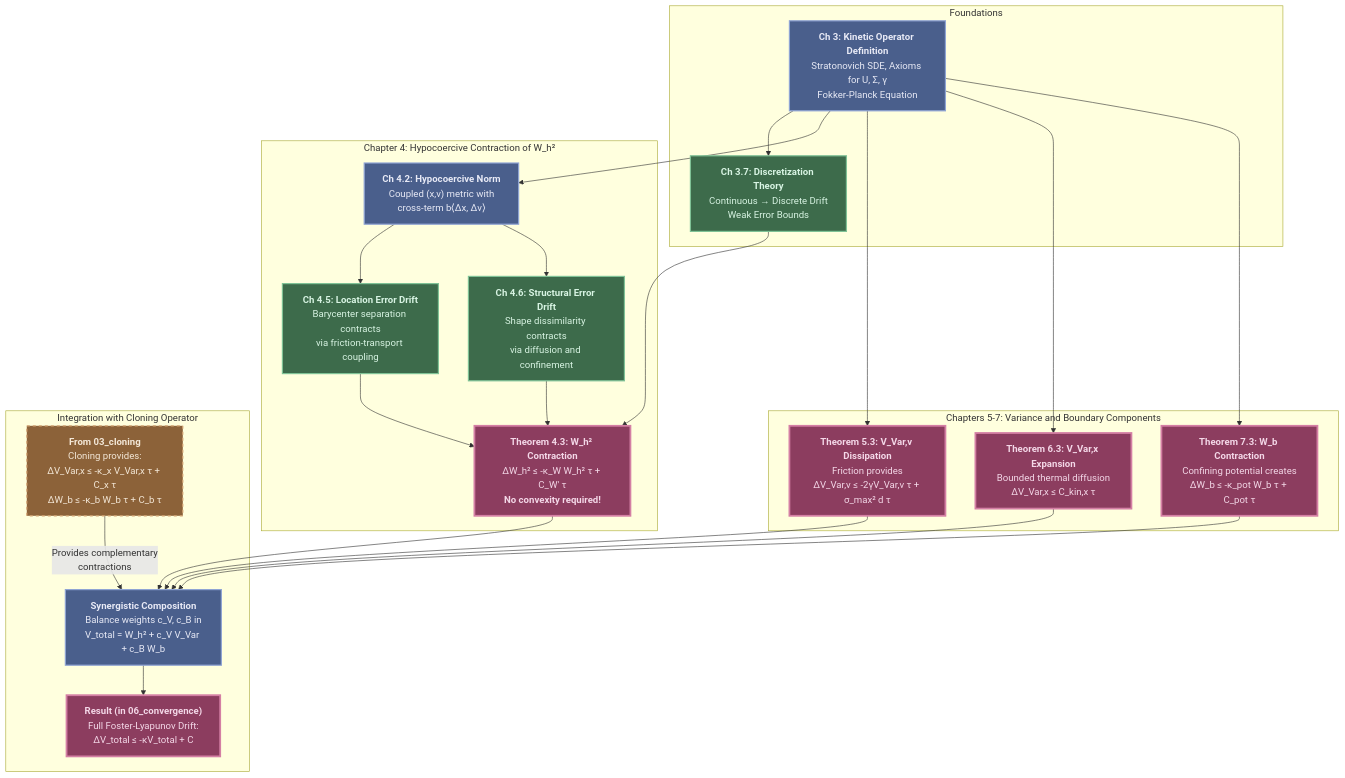
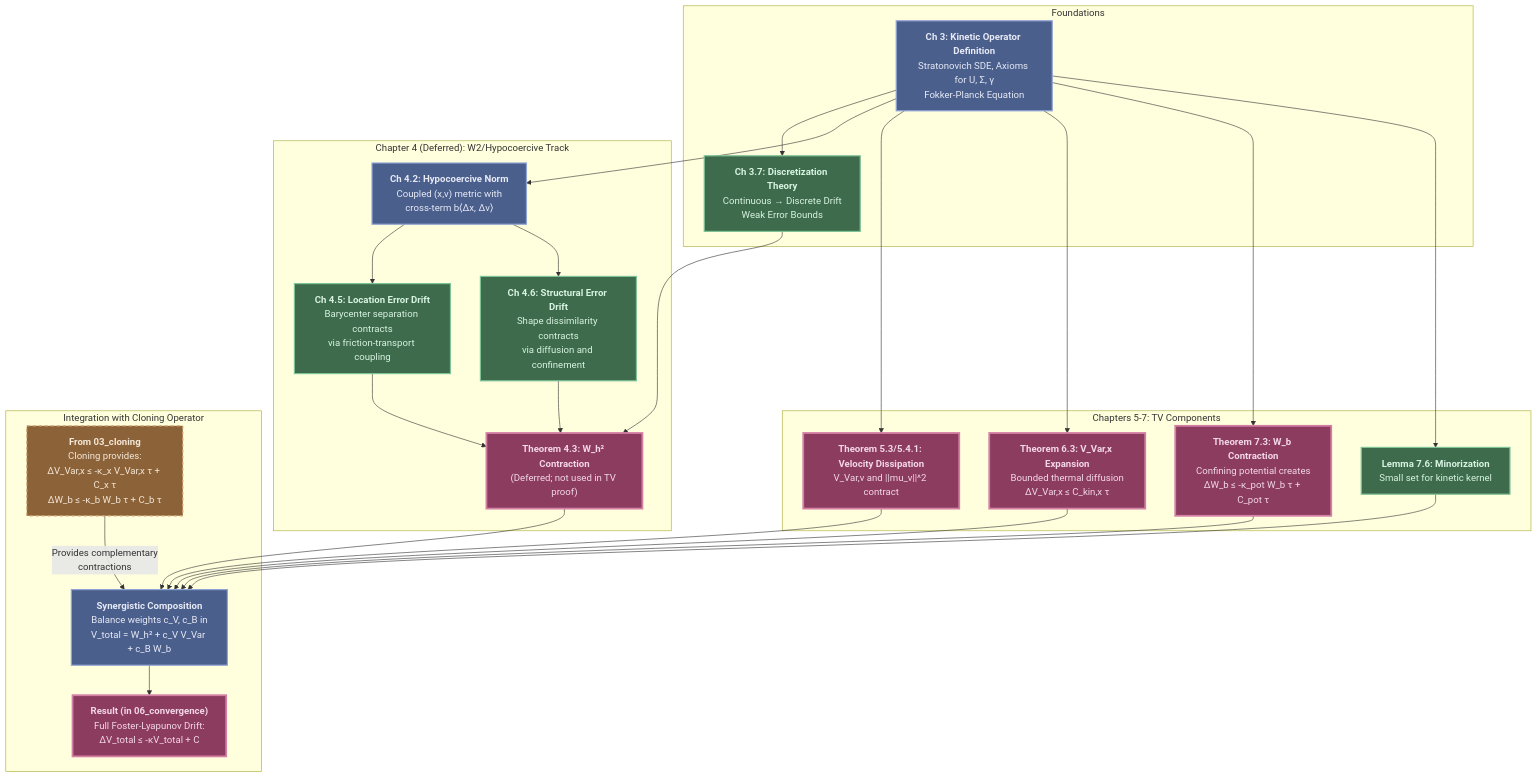
The diagram in docs/source/3_fractal_gas/appendices/05_kinetic_contraction.md (FragileTech/fragile), drawn with Mermaid before and after one commit. The commit also changed other lines of this file and 23 other files, not shown here.

````diff
--- a/docs/source/3_fractal_gas/appendices/05_kinetic_contraction.md
+++ b/docs/source/3_fractal_gas/appendices/05_kinetic_contraction.md
@@ -59,50 +59,53 @@
 ```{mermaid}
 graph TD
     subgraph "Foundations"
         A["<b>Ch 3: Kinetic Operator Definition</b><br>Stratonovich SDE, Axioms for U, Σ, γ<br>Fokker-Planck Equation"]:::stateStyle
         B["<b>Ch 3.7: Discretization Theory</b><br>Continuous → Discrete Drift<br>Weak Error Bounds"]:::lemmaStyle
     end
 
-    subgraph "Chapter 4: Hypocoercive Contraction of W_h²"
+    subgraph "Chapter 4 (Deferred): W2/Hypocoercive Track"
         C["<b>Ch 4.2: Hypocoercive Norm</b><br>Coupled (x,v) metric with<br>cross-term b⟨Δx, Δv⟩"]:::stateStyle
         D["<b>Ch 4.5: Location Error Drift</b><br>Barycenter separation contracts<br>via friction-transport coupling"]:::lemmaStyle
         E["<b>Ch 4.6: Structural Error Drift</b><br>Shape dissimilarity contracts<br>via diffusion and confinement"]:::lemmaStyle
-        F["<b>Theorem 4.3: W_h² Contraction</b><br>ΔW_h² ≤ -κ_W W_h² τ + C_W' τ<br><b>No convexity required!</b>"]:::theoremStyle
+        F["<b>Theorem 4.3: W_h² Contraction</b><br>(Deferred; not used in TV proof)"]:::theoremStyle
     end
 
-    subgraph "Chapters 5-7: Variance and Boundary Components"
-        G["<b>Theorem 5.3: V_Var,v Dissipation</b><br>Friction provides<br>ΔV_Var,v ≤ -2γV_Var,v τ + σ_max² d τ"]:::theoremStyle
+    subgraph "Chapters 5-7: TV Components"
+        G["<b>Theorem 5.3/5.4.1: Velocity Dissipation</b><br>V_Var,v and ||mu_v||^2 contract"]:::theoremStyle
         H["<b>Theorem 6.3: V_Var,x Expansion</b><br>Bounded thermal diffusion<br>ΔV_Var,x ≤ C_kin,x τ"]:::theoremStyle
         I["<b>Theorem 7.3: W_b Contraction</b><br>Confining potential creates<br>ΔW_b ≤ -κ_pot W_b τ + C_pot τ"]:::theoremStyle
+        I2["<b>Lemma 7.6: Minorization</b><br>Small set for kinetic kernel"]:::lemmaStyle
     end
 
     subgraph "Integration with Cloning Operator"
         J["<b>From 03_cloning</b><br>Cloning provides:<br>ΔV_Var,x ≤ -κ_x V_Var,x τ + C_x τ<br>ΔW_b ≤ -κ_b W_b τ + C_b τ"]:::axiomStyle
         K["<b>Synergistic Composition</b><br>Balance weights c_V, c_B in<br>V_total = W_h² + c_V V_Var + c_B W_b"]:::stateStyle
         L["<b>Result (in 06_convergence)</b><br>Full Foster-Lyapunov Drift:<br>ΔV_total ≤ -κV_total + C"]:::theoremStyle
     end
 
     A --> B
     A --> C
     B --> F
     C --> D
     C --> E
     D --> F
     E --> F
 
     A --> G
     A --> H
     A --> I
+    A --> I2
 
     F --> K
     G --> K
     H --> K
     I --> K
+    I2 --> K
     J -- "Provides complementary<br>contractions" --> K
     K --> L
 
     classDef stateStyle fill:#4a5f8c,stroke:#8fa4d4,stroke-width:2px,color:#e8eaf6
     classDef axiomStyle fill:#8c6239,stroke:#d4a574,stroke-width:2px,stroke-dasharray: 5 5,color:#f4e8d8
     classDef lemmaStyle fill:#3d6b4b,stroke:#7fc296,stroke-width:2px,color:#d8f4e3
     classDef theoremStyle fill:#8c3d5f,stroke:#d47fa4,stroke-width:3px,color:#f4d8e8
 ```
````
